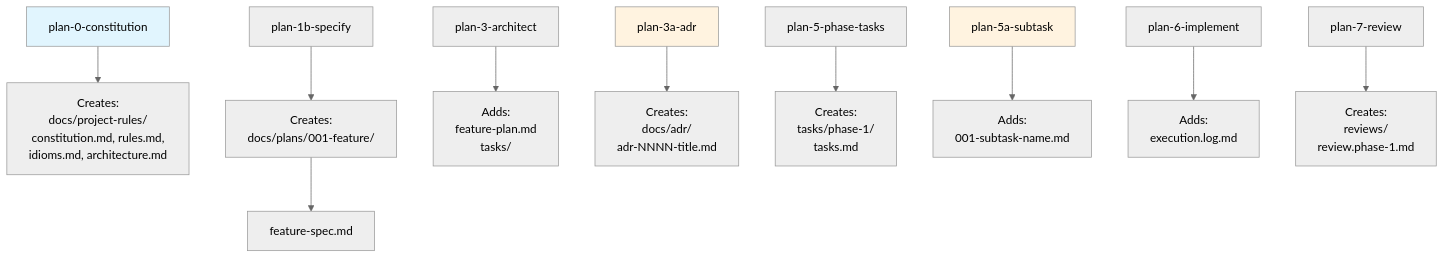
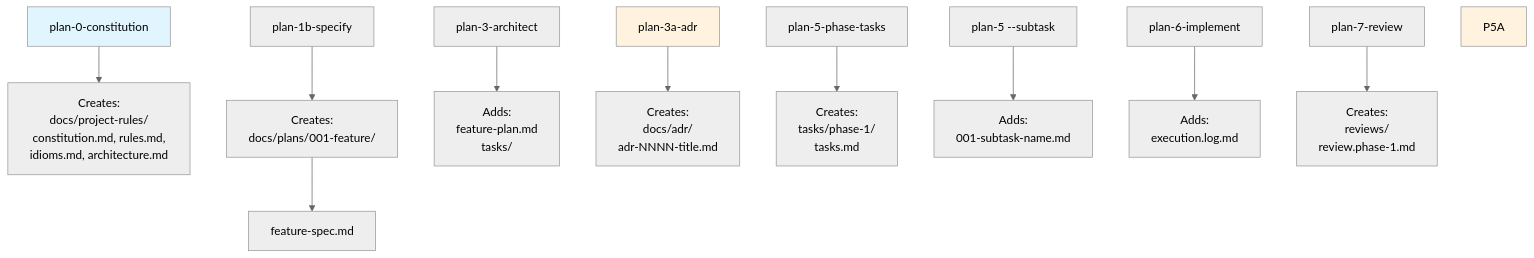
Before and after one commit to jakkaj/tools: the seventh of 8 diagrams in agents/commands/README.md, drawn with Mermaid (neutral theme). The commit also changed other lines of this file and 19 other files, not shown here.

First line of the commit message:
feat: Merge plan-5a into plan-5 --subtask and add plan command cleanup

````diff
--- a/agents/commands/README.md
+++ b/agents/commands/README.md
@@ -847,23 +848,23 @@
 ```mermaid
 graph TD
     P0["plan-0-constitution"] --> D0["Creates:<br/>docs/project-rules/<br/>constitution.md, rules.md,<br/>idioms.md, architecture.md"]
 
     P1B["plan-1b-specify"] --> D1["Creates:<br/>docs/plans/001-feature/"]
     D1 --> F1["feature-spec.md"]
 
     P3["plan-3-architect"] --> D3["Adds:<br/>feature-plan.md<br/>tasks/"]
 
     P3A["plan-3a-adr"] --> DADR["Creates:<br/>docs/adr/<br/>adr-NNNN-title.md"]
 
     P5["plan-5-phase-tasks"] --> D5["Creates:<br/>tasks/phase-1/<br/>tasks.md"]
 
-    P5A["plan-5a-subtask"] --> D5A["Adds:<br/>001-subtask-name.md"]
+    P5ST["plan-5 --subtask"] --> D5A["Adds:<br/>001-subtask-name.md"]
 
     P6["plan-6-implement"] --> D6["Adds:<br/>execution.log.md"]
 
     P7["plan-7-review"] --> D7["Creates:<br/>reviews/<br/>review.phase-1.md"]
 
     style P0 fill:#e1f5fe
     style P3A fill:#fff3e0
     style P5A fill:#fff3e0
 ```
````
